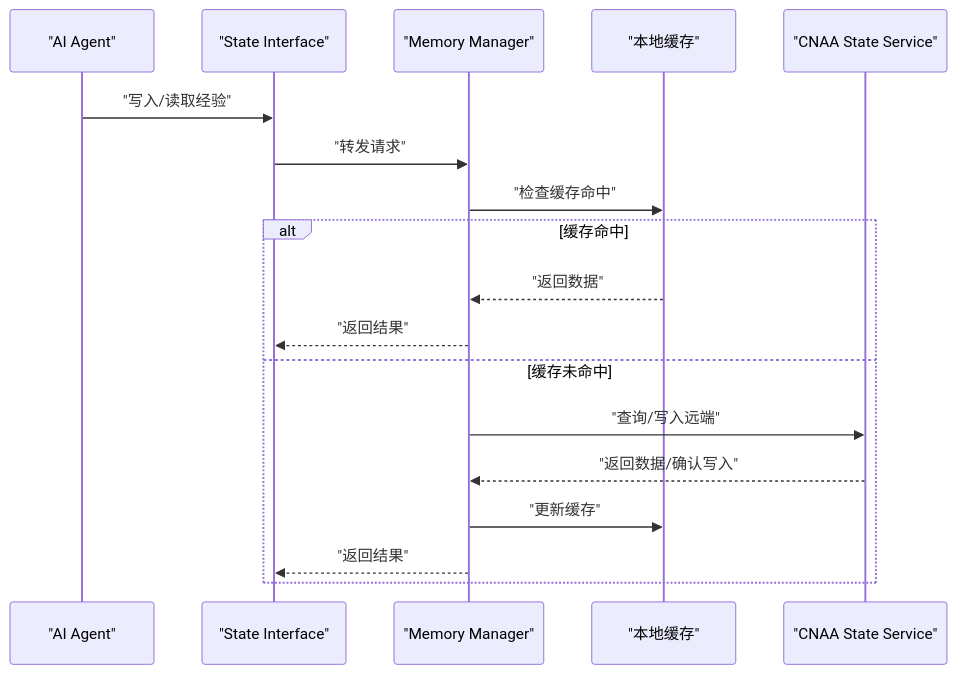
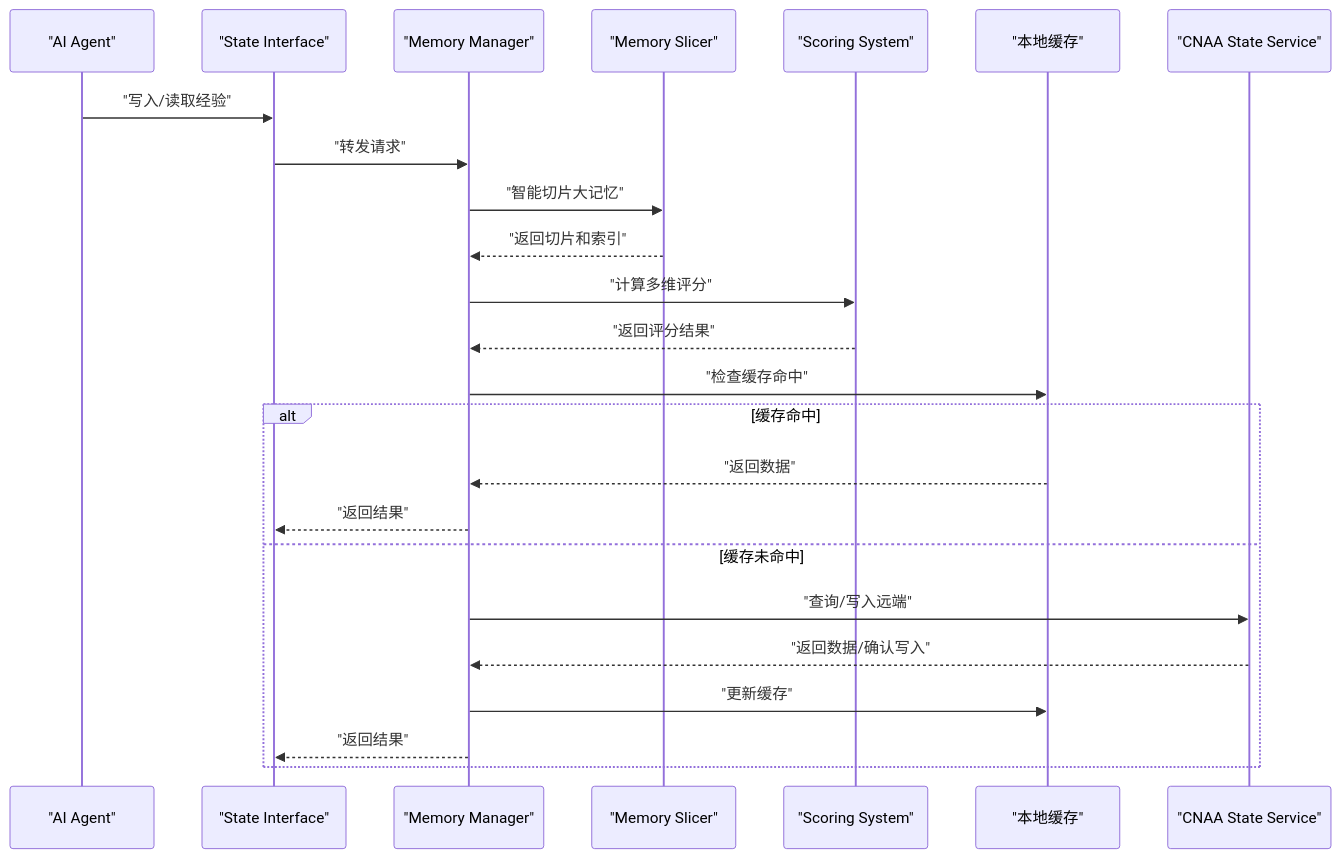
Before and after one commit to lgx236/CNAA-Cloud-Native-Agent-Architecture-: the second of 5 diagrams in .qoder/repowiki/zh/content/架构设计/核心组件设计/Memory Manager.md, drawn with Mermaid. The commit also changed other lines of this file and 98 other files, not shown here.

Commit message:
feat: Add cloud-local distributed architecture configuration & deployment docs

````diff
--- a/.qoder/repowiki/zh/content/架构设计/核心组件设计/Memory Manager.md
+++ b/.qoder/repowiki/zh/content/架构设计/核心组件设计/Memory Manager.md
@@ -85,20 +112,26 @@
 ```mermaid
 sequenceDiagram
 participant Agent as "AI Agent"
 participant SI as "State Interface"
 participant MM as "Memory Manager"
+participant MS as "Memory Slicer"
+participant SC as "Scoring System"
 participant Cache as "本地缓存"
 participant SVC as "CNAA State Service"
 Agent->>SI : "写入/读取经验"
 SI->>MM : "转发请求"
+MM->>MS : "智能切片大记忆"
+MS-->>MM : "返回切片和索引"
+MM->>SC : "计算多维评分"
+SC-->>MM : "返回评分结果"
 MM->>Cache : "检查缓存命中"
 alt 缓存命中
 Cache-->>MM : "返回数据"
 MM-->>SI : "返回结果"
 else 缓存未命中
 MM->>SVC : "查询/写入远端"
 SVC-->>MM : "返回数据/确认写入"
 MM->>Cache : "更新缓存"
 MM-->>SI : "返回结果"
 end
 ```
````
